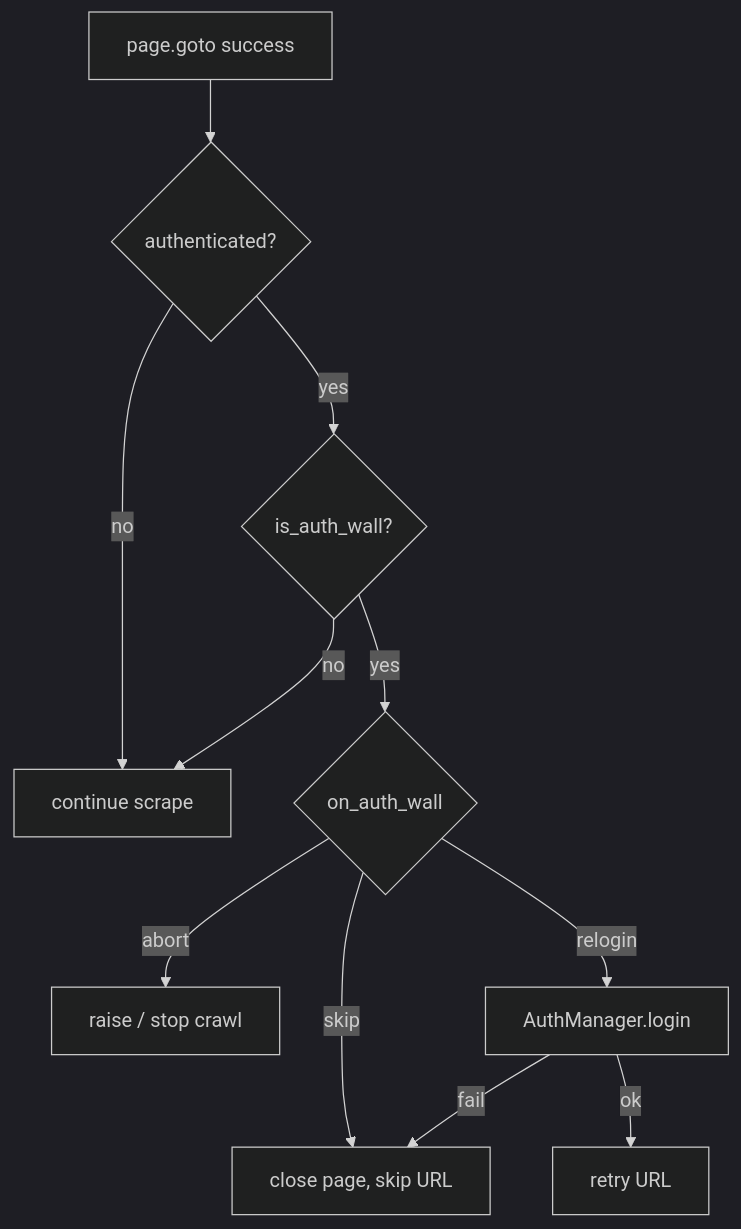
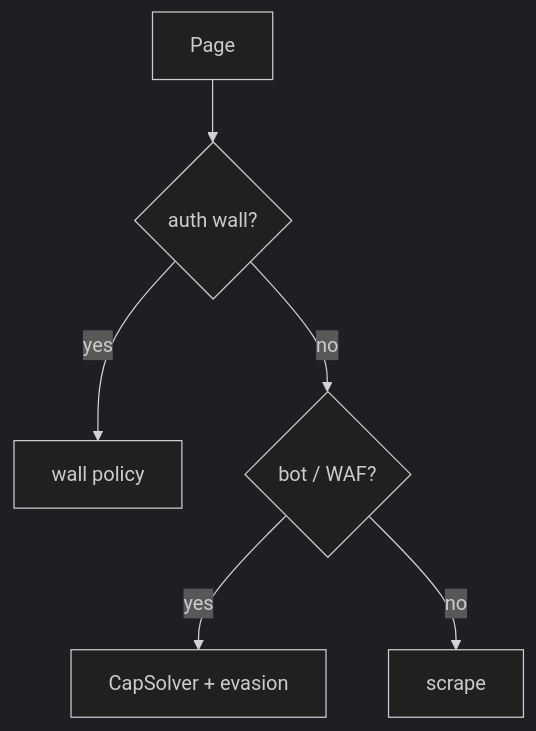
One commit to Shellghostt/WebVac changed the third of 3 diagrams in docs/architecture/AUTH.md. Above: the diagram before and after it, drawn with Mermaid (dark theme). The commit also changed other lines of this file and 8 other files, not shown here.

First line of the commit message:
Document subsystem architecture deep dives

````diff
--- a/docs/architecture/AUTH.md
+++ b/docs/architecture/AUTH.md
@@ -165,13 +142,8 @@
 ```mermaid
 flowchart TD
-  Goto[page.goto success] --> Check{authenticated?}
-  Check -->|no| Continue[continue scrape]
-  Check -->|yes| Wall{is_auth_wall?}
-  Wall -->|no| Continue
-  Wall -->|yes| Policy{on_auth_wall}
-  Policy -->|skip| Skip[close page, skip URL]
-  Policy -->|abort| Abort[raise / stop crawl]
-  Policy -->|relogin| Relogin[AuthManager.login]
-  Relogin -->|ok| Retry[retry URL]
-  Relogin -->|fail| Skip
+  P[Page] --> W{auth wall?}
+  W -->|yes| Pol[wall policy]
+  W -->|no| B{bot / WAF?}
+  B -->|yes| Cap[CapSolver + evasion]
+  B -->|no| OK[scrape]
 ```
````
